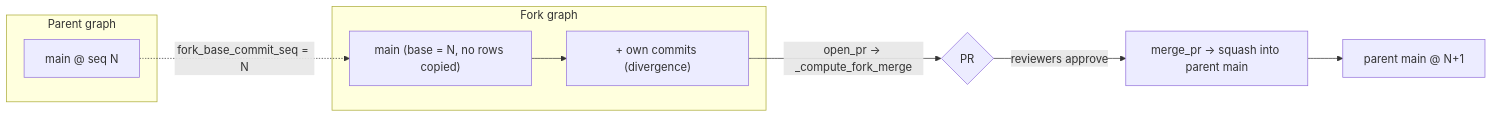
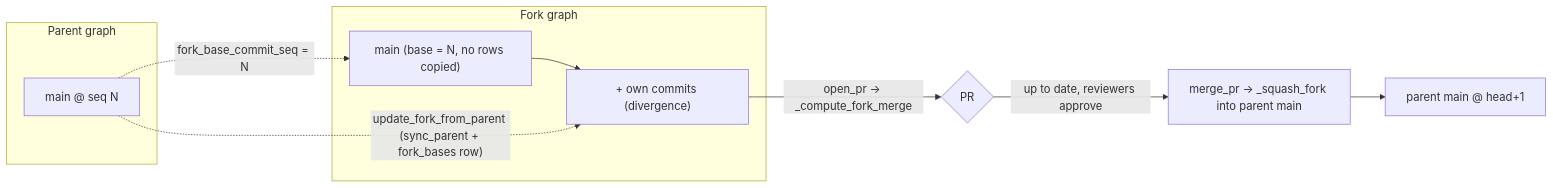
Before and after one commit to rkrumins/dataviz: the fifth of 6 diagrams in docs/versioning/03-branching-commits-merge.md, drawn with Mermaid. The commit also changed other lines of this file and 7 other files, not shown here.

````diff
--- a/docs/versioning/03-branching-commits-merge.md
+++ b/docs/versioning/03-branching-commits-merge.md
@@ -389,15 +392,16 @@
 ```mermaid
 flowchart LR
     subgraph Parent graph
       PM["main @ seq N"]
     end
     subgraph Fork graph
       FM["main (base = N, no rows copied)"]
       FC["+ own commits (divergence)"]
     end
     PM -. fork_base_commit_seq = N .-> FM
     FM --> FC
+    PM -. "update_fork_from_parent (sync_parent + fork_bases row)" .-> FC
     FC -->|open_pr → _compute_fork_merge| PR{PR}
-    PR -->|reviewers approve| MERGE["merge_pr → squash into parent main"]
-    MERGE --> PM2["parent main @ N+1"]
+    PR -->|up to date, reviewers approve| MERGE["merge_pr → _squash_fork into parent main"]
+    MERGE --> PM2["parent main @ head+1"]
 ```
````
